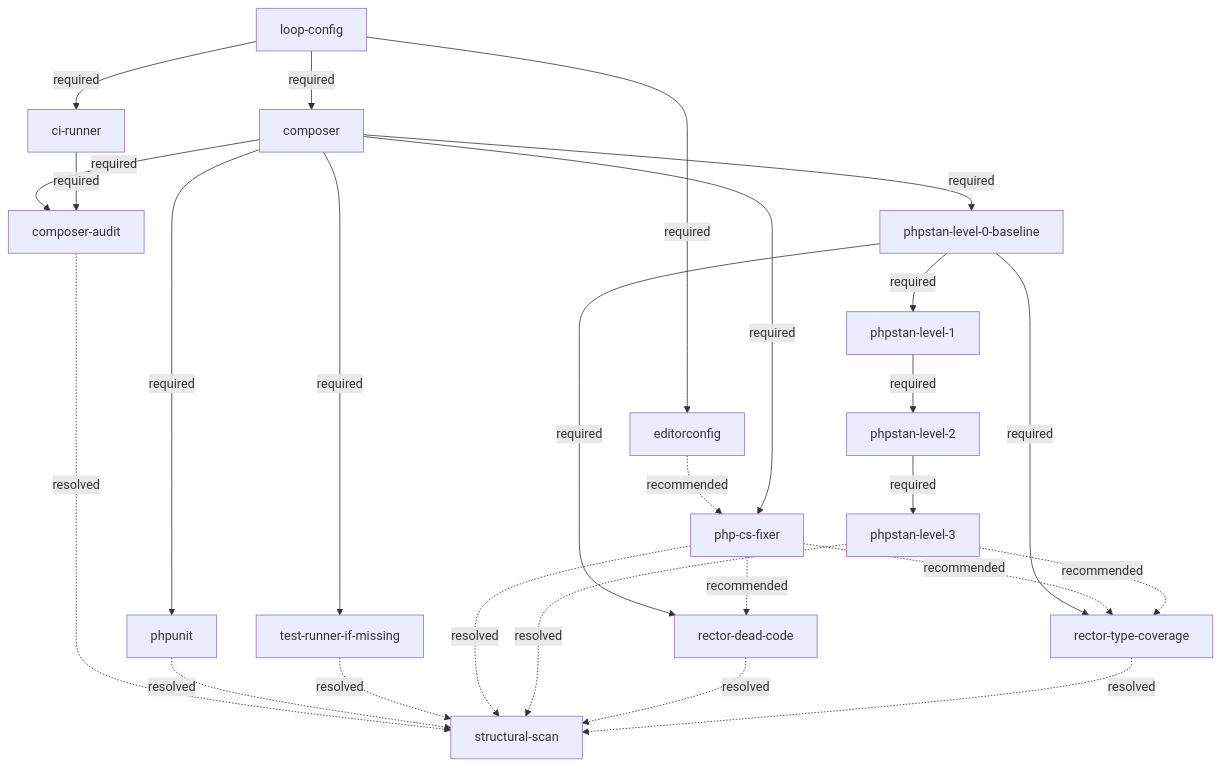
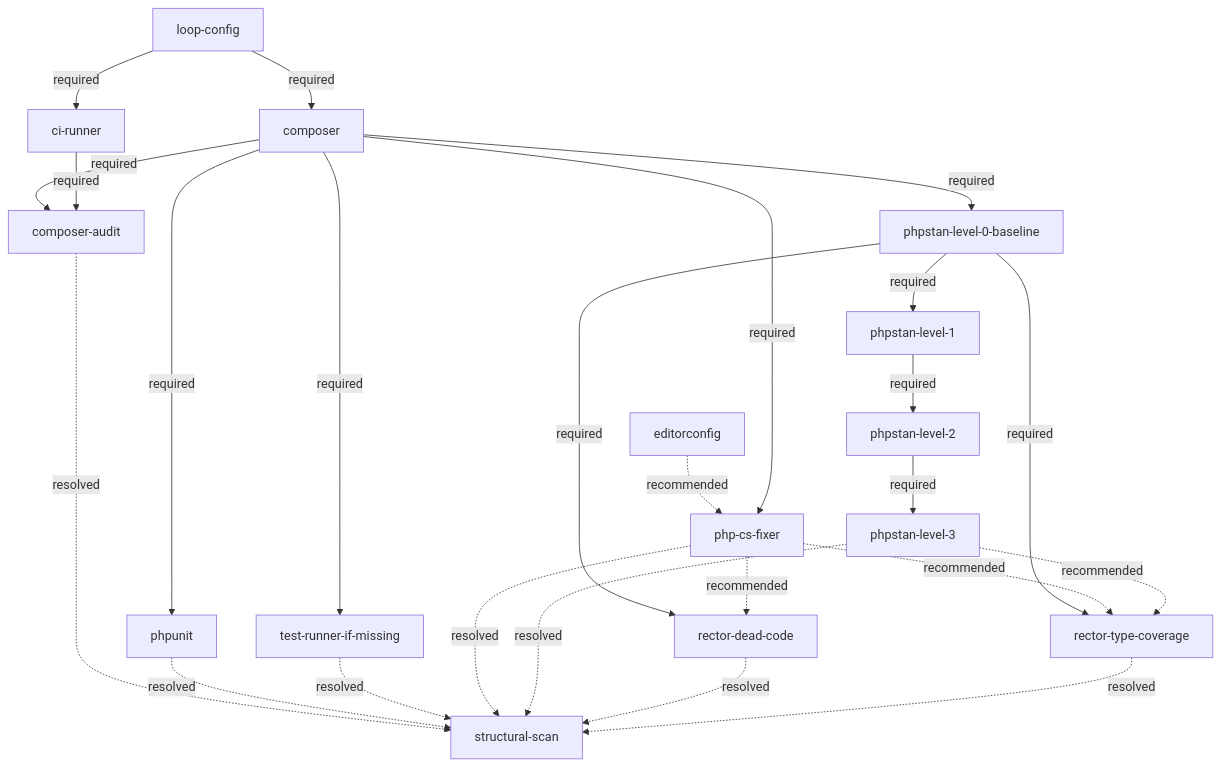
Before and after one commit to Art4/continuous-refactoring: the diagram in skills/refactor-scan/references/php-tooling-tree.md, drawn with Mermaid. The commit also changed other lines of this file and 3 other files, not shown here.

````diff
--- a/skills/refactor-scan/references/php-tooling-tree.md
+++ b/skills/refactor-scan/references/php-tooling-tree.md
@@ -7,44 +7,43 @@
 ```mermaid
 graph TD
     lc[loop-config]
     ci[ci-runner]
     comp[composer]
     edc[editorconfig]
     cs[php-cs-fixer]
     unit[phpunit]
     audit[composer-audit]
     tr[test-runner-if-missing]
     p0[phpstan-level-0-baseline]
     p1[phpstan-level-1]
     p2[phpstan-level-2]
     p3[phpstan-level-3]
     rdc[rector-dead-code]
     rtc[rector-type-coverage]
     ss[structural-scan]
 
     lc -->|required| comp
     lc -->|required| ci
-    lc -->|required| edc
     edc -.->|recommended| cs
     comp -->|required| cs
     comp -->|required| unit
     comp -->|required| tr
     comp -->|required| audit
     ci -->|required| audit
     comp -->|required| p0
     p0 -->|required| p1
     p1 -->|required| p2
     p2 -->|required| p3
     p0 -->|required| rdc
     p0 -->|required| rtc
     cs -.->|recommended| rdc
     cs -.->|recommended| rtc
     p3 -.->|recommended| rtc
     audit -.->|resolved| ss
     unit -.->|resolved| ss
     tr -.->|resolved| ss
     cs -.->|resolved| ss
     p3 -.->|resolved| ss
     rdc -.->|resolved| ss
     rtc -.->|resolved| ss
 ```
````
